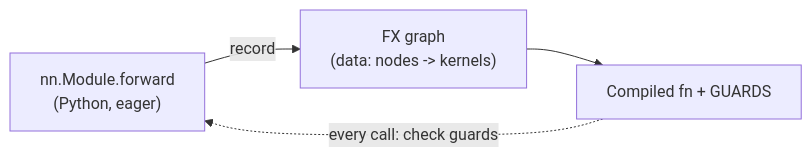
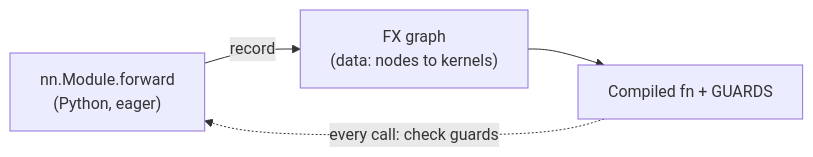
Before and after one commit to megabake/megabake: the third of 32 diagrams in talk.md, drawn with Mermaid. The commit also changed other lines of this file, not shown here.

Commit message:
fixing mermaids

````diff
--- a/talk.md
+++ b/talk.md
@@ -83,6 +83,6 @@
 ```mermaid
 flowchart LR
-    Mod["nn.Module.forward\n(Python, eager)"] -->|record| Graph["FX graph\n(data: nodes -> kernels)"]
-    Graph --> Guarded["Compiled fn + GUARDS"]
+    Mod["nn.Module.forward\n(Python, eager)"] -->|record| FXG["FX graph\n(data: nodes to kernels)"]
+    FXG --> Guarded["Compiled fn + GUARDS"]
     Guarded -.->|"every call: check guards"| Mod
 ```
````
